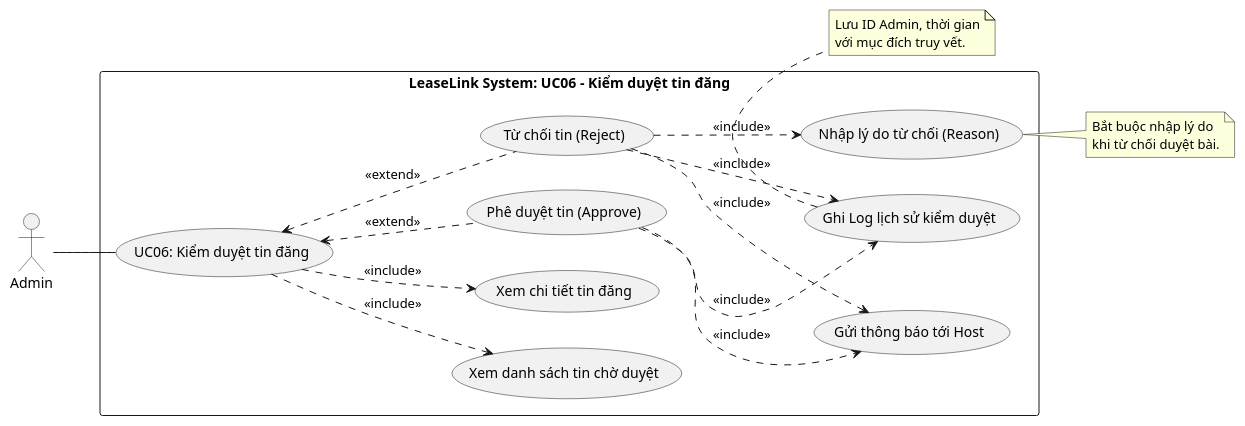
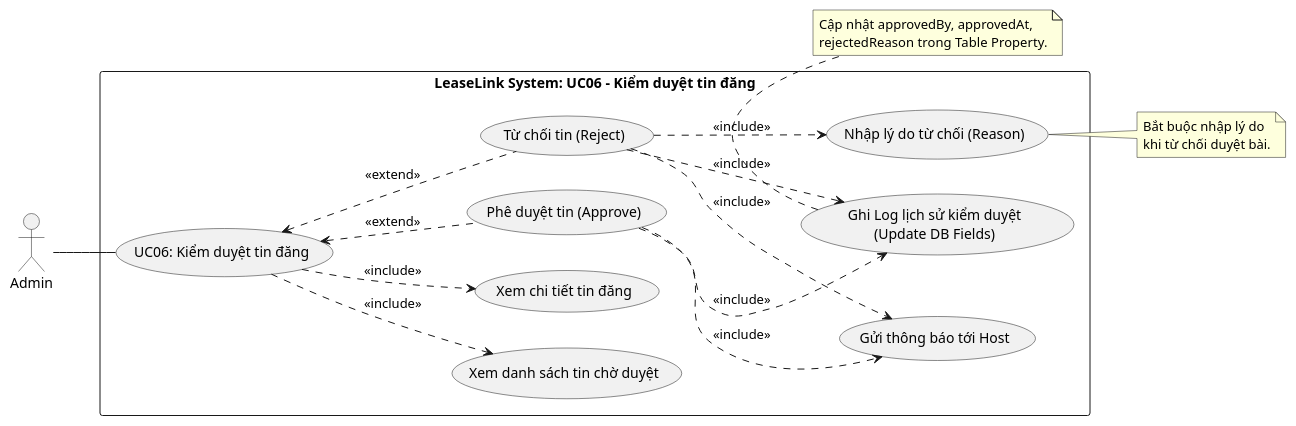
One commit to chishiya2309/LeaseLink-Backend changed the diagram in src/main/java/vn/hcmute/edu/lequanghung_nguyenthaibao/backend/uml/UC06_KiemDuyetTinDang/UC06_KiemDuyetTinDang.puml. Above: the diagram before and after it, drawn with PlantUML. The commit also changed 8 other files, not shown here.

```diff
--- a/src/main/java/vn/hcmute/edu/lequanghung_nguyenthaibao/backend/uml/UC06_KiemDuyetTinDang/UC06_KiemDuyetTinDang.puml
+++ b/src/main/java/vn/hcmute/edu/lequanghung_nguyenthaibao/backend/uml/UC06_KiemDuyetTinDang/UC06_KiemDuyetTinDang.puml
@@ -1,44 +1,44 @@
 @startuml
 left to right direction
 skinparam packageStyle rectangle
 
 actor Admin
 
 package "LeaseLink System: UC06 - Kiểm duyệt tin đăng" {
     usecase "UC06: Kiểm duyệt tin đăng" as UC06
     usecase "Xem danh sách tin chờ duyệt" as VIEW_LIST
     usecase "Xem chi tiết tin đăng" as VIEW_DETAIL
     usecase "Phê duyệt tin (Approve)" as APPROVE
     usecase "Từ chối tin (Reject)" as REJECT
     usecase "Nhập lý do từ chối (Reason)" as REASON
     usecase "Gửi thông báo tới Host" as NOTIFY
-    usecase "Ghi Log lịch sử kiểm duyệt" as LOG
+    usecase "Ghi Log lịch sử kiểm duyệt\n(Update DB Fields)" as LOG
 }
 
 Admin -- UC06
 
 UC06 ..> VIEW_LIST : <<include>>
 UC06 ..> VIEW_DETAIL : <<include>>
 
 UC06 <.. APPROVE : <<extend>>
 UC06 <.. REJECT : <<extend>>
 
 REJECT ..> REASON : <<include>>
 
 APPROVE ..> NOTIFY : <<include>>
 REJECT ..> NOTIFY : <<include>>
 
 APPROVE ..> LOG : <<include>>
 REJECT ..> LOG : <<include>>
 
 note right of REASON
   Bắt buộc nhập lý do
   khi từ chối duyệt bài.
 end note
 
 note bottom of LOG
-  Lưu ID Admin, thời gian
-  với mục đích truy vết.
+  Cập nhật approvedBy, approvedAt,
+  rejectedReason trong Table Property.
 end note
 
 @enduml
```
